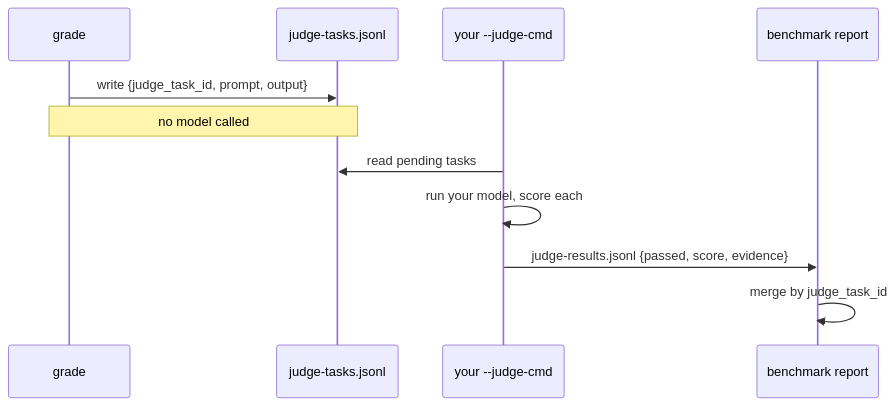
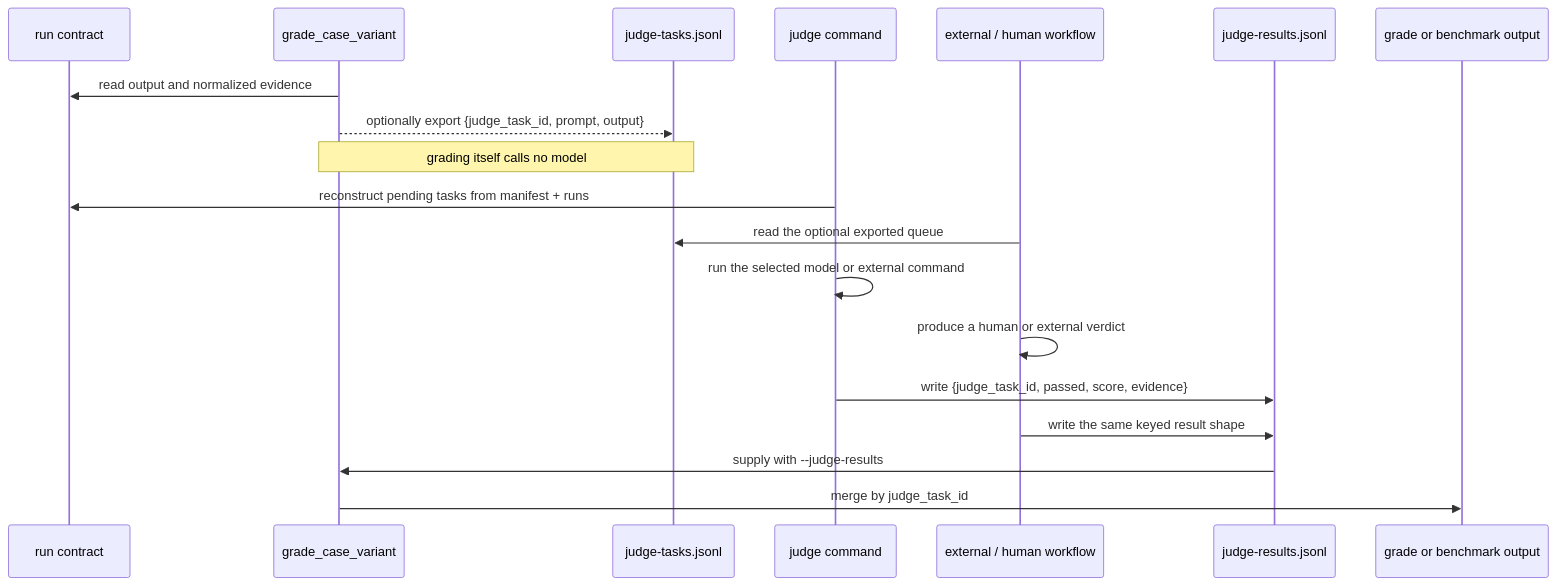
One commit to adewale/skill-eval-harness changed the fourth of 4 diagrams in docs/architecture.md. Above: the diagram before and after it, drawn with Mermaid. The commit also changed other lines of this file and 6 other files, not shown here.

First line of the commit message:
docs: cover the full pipeline in the OTel roadmap (#63)

````diff
--- a/docs/architecture.md
+++ b/docs/architecture.md
@@ -148,14 +182,22 @@
 ```mermaid
 sequenceDiagram
-    participant G as grade
+    participant C as run contract
+    participant G as grade_case_variant
     participant Q as judge-tasks.jsonl
-    participant J as your --judge-cmd
-    participant B as benchmark report
+    participant J as judge command
+    participant X as external / human workflow
+    participant R as judge-results.jsonl
+    participant B as grade or benchmark output
 
-    G->>Q: write {judge_task_id, prompt, output}
-    Note over G,Q: no model called
-    J->>Q: read pending tasks
-    J->>J: run your model, score each
-    J->>B: judge-results.jsonl {passed, score, evidence}
-    B->>B: merge by judge_task_id
+    G->>C: read output and normalized evidence
+    G-->>Q: optionally export {judge_task_id, prompt, output}
+    Note over G,Q: grading itself calls no model
+    J->>C: reconstruct pending tasks from manifest + runs
+    X->>Q: read the optional exported queue
+    J->>J: run the selected model or external command
+    X->>X: produce a human or external verdict
+    J->>R: write {judge_task_id, passed, score, evidence}
+    X->>R: write the same keyed result shape
+    R->>G: supply with --judge-results
+    G->>B: merge by judge_task_id
 ```
````
